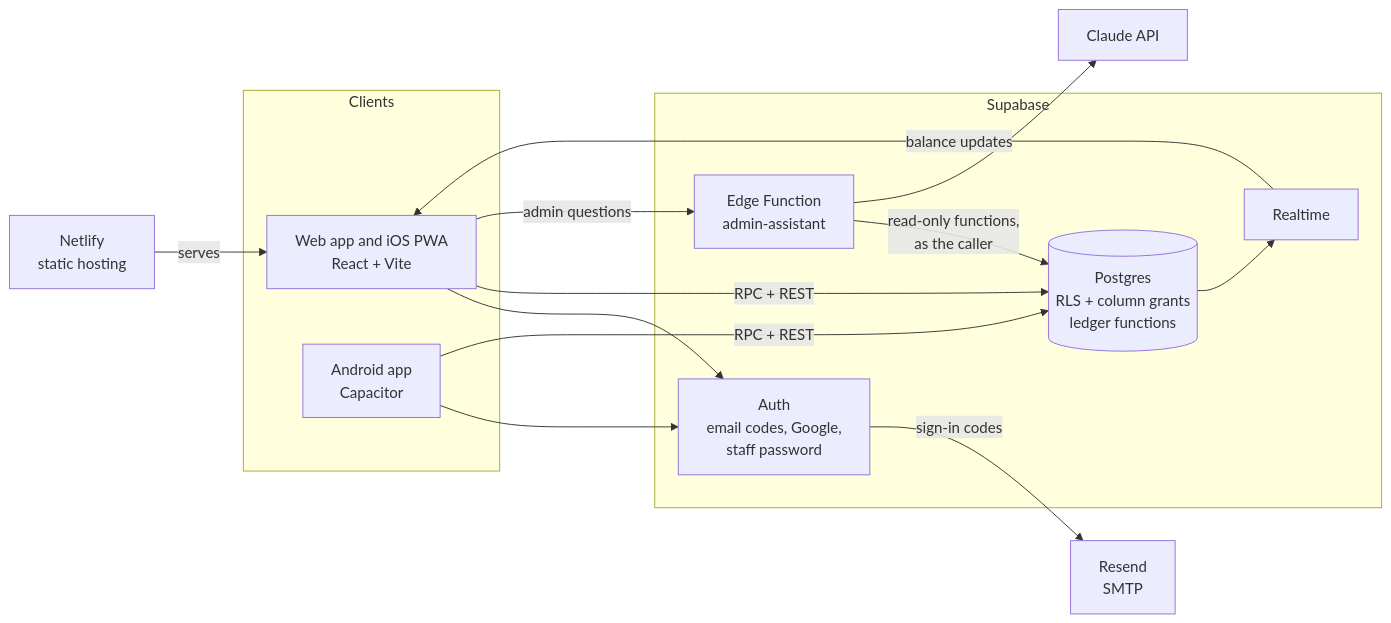
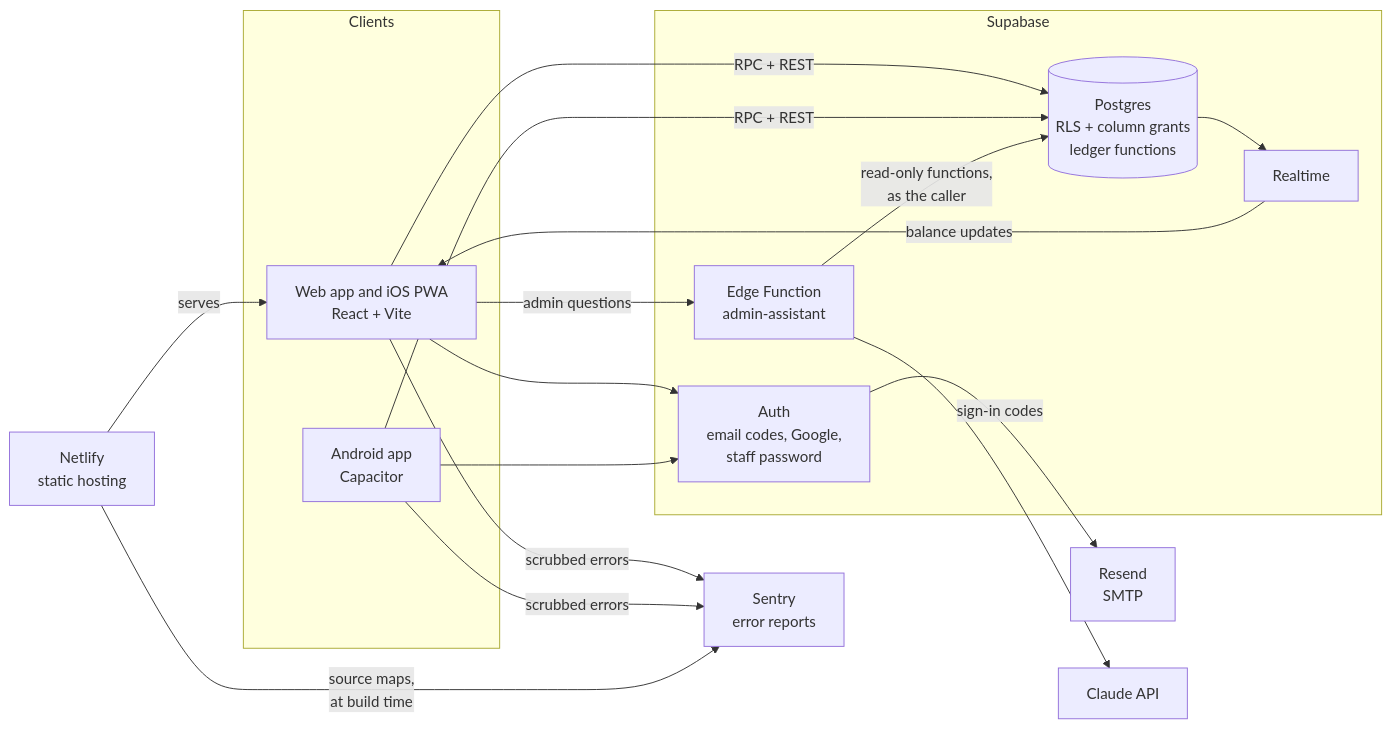
Before and after one commit to rkansagra/variety-h2o-tracker: the diagram in README.md, drawn with Mermaid. The commit also changed other lines of this file and 63 other files, not shown here.

````diff
--- a/README.md
+++ b/README.md
@@ -44,28 +47,32 @@
 ```mermaid
 flowchart LR
   subgraph clients[Clients]
     web["Web app and iOS PWA<br/>React + Vite"]
     android["Android app<br/>Capacitor"]
   end
   netlify["Netlify<br/>static hosting"]
   subgraph supabase[Supabase]
     auth["Auth<br/>email codes, Google,<br/>staff password"]
     db[("Postgres<br/>RLS + column grants<br/>ledger functions")]
     realtime["Realtime"]
     assistant["Edge Function<br/>admin-assistant"]
   end
   resend["Resend<br/>SMTP"]
   claude["Claude API"]
+  sentry["Sentry<br/>error reports"]
 
   netlify -->|"serves"| web
   web --> auth
   android --> auth
   web -->|"RPC + REST"| db
   android -->|"RPC + REST"| db
   db --> realtime
   realtime -->|"balance updates"| web
   auth -->|"sign-in codes"| resend
   web -->|"admin questions"| assistant
   assistant -->|"read-only functions,<br/>as the caller"| db
   assistant --> claude
+  web -->|"scrubbed errors"| sentry
+  android -->|"scrubbed errors"| sentry
+  netlify -->|"source maps,<br/>at build time"| sentry
 ```
````
